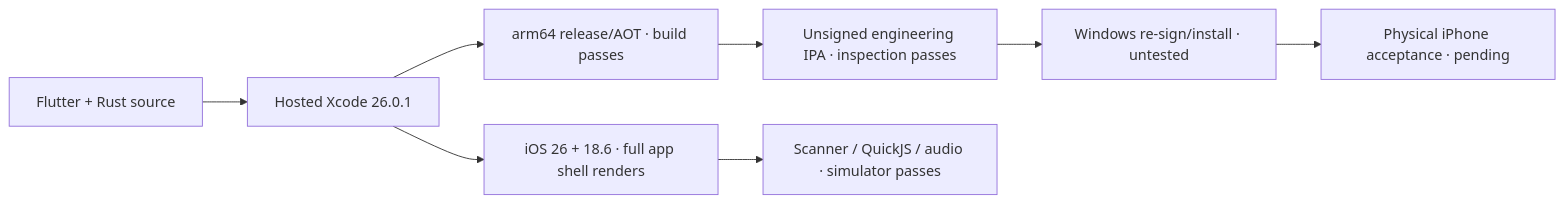
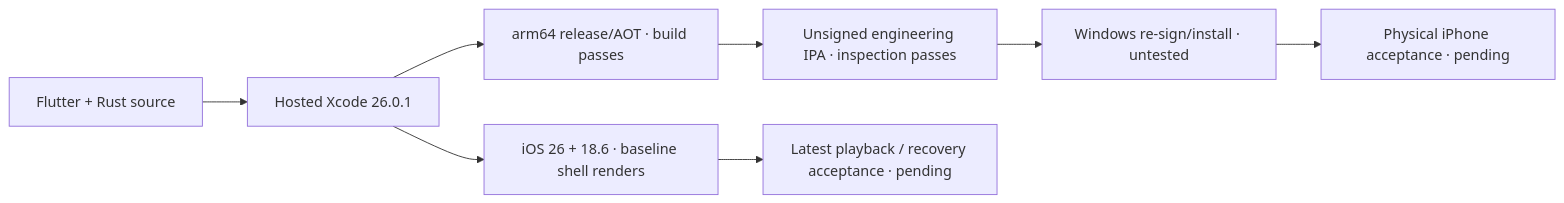
Before and after one commit to Lokal-music/lokal-mobile: the first of 7 diagrams in docs/IOS_PORT.md, drawn with Mermaid. The commit also changed other lines of this file and 28 other files, not shown here.

````diff
--- a/docs/IOS_PORT.md
+++ b/docs/IOS_PORT.md
@@ -32,10 +45,10 @@
 ```mermaid
 flowchart LR
   Source["Flutter + Rust source"] --> Mac["Hosted Xcode 26.0.1"]
   Mac --> Device["arm64 release/AOT · build passes"]
-  Mac --> Sim["iOS 26 + 18.6 · full app shell renders"]
+  Mac --> Sim["iOS 26 + 18.6 · baseline shell renders"]
   Device --> IPA["Unsigned engineering IPA · inspection passes"]
-  Sim --> Smoke["Scanner / QuickJS / audio · simulator passes"]
+  Sim --> Smoke["Latest playback / recovery acceptance · pending"]
   IPA --> Windows["Windows re-sign/install · untested"]
   Windows --> Phone["Physical iPhone acceptance · pending"]
 ```
````
